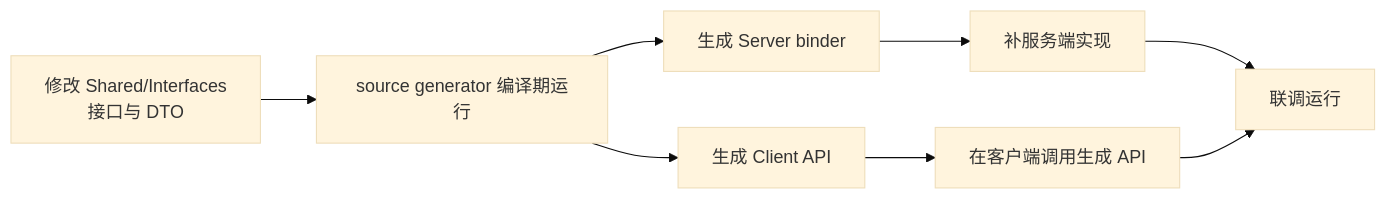
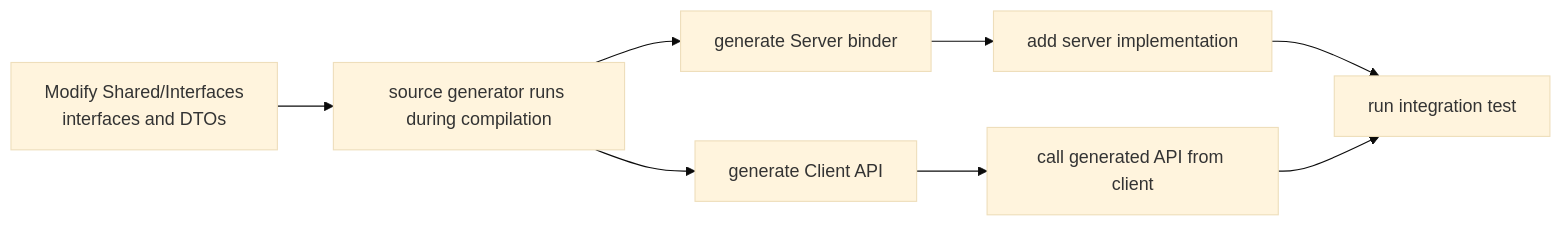
Before and after one commit to bruce48x/ULinkRPC: the second of 2 diagrams in blog/content/posts/ulinkrpc-getting-started.md, drawn with Mermaid (base theme). The commit also changed other lines of this file and 17 other files, not shown here.

````diff
--- a/blog/content/posts/ulinkrpc-getting-started.md
+++ b/blog/content/posts/ulinkrpc-getting-started.md
@@ -215,10 +215,10 @@
 ```mermaid
 flowchart LR
-    A["修改 Shared/Interfaces<br/>接口与 DTO"] --> B["source generator 编译期运行"]
-    B --> C["生成 Server binder"]
-    B --> D["生成 Client API"]
-    C --> E["补服务端实现"]
-    D --> F["在客户端调用生成 API"]
-    E --> G["联调运行"]
+    A["Modify Shared/Interfaces<br/>interfaces and DTOs"] --> B["source generator runs during compilation"]
+    B --> C["generate Server binder"]
+    B --> D["generate Client API"]
+    C --> E["add server implementation"]
+    D --> F["call generated API from client"]
+    E --> G["run integration test"]
     F --> G
 ```
````
